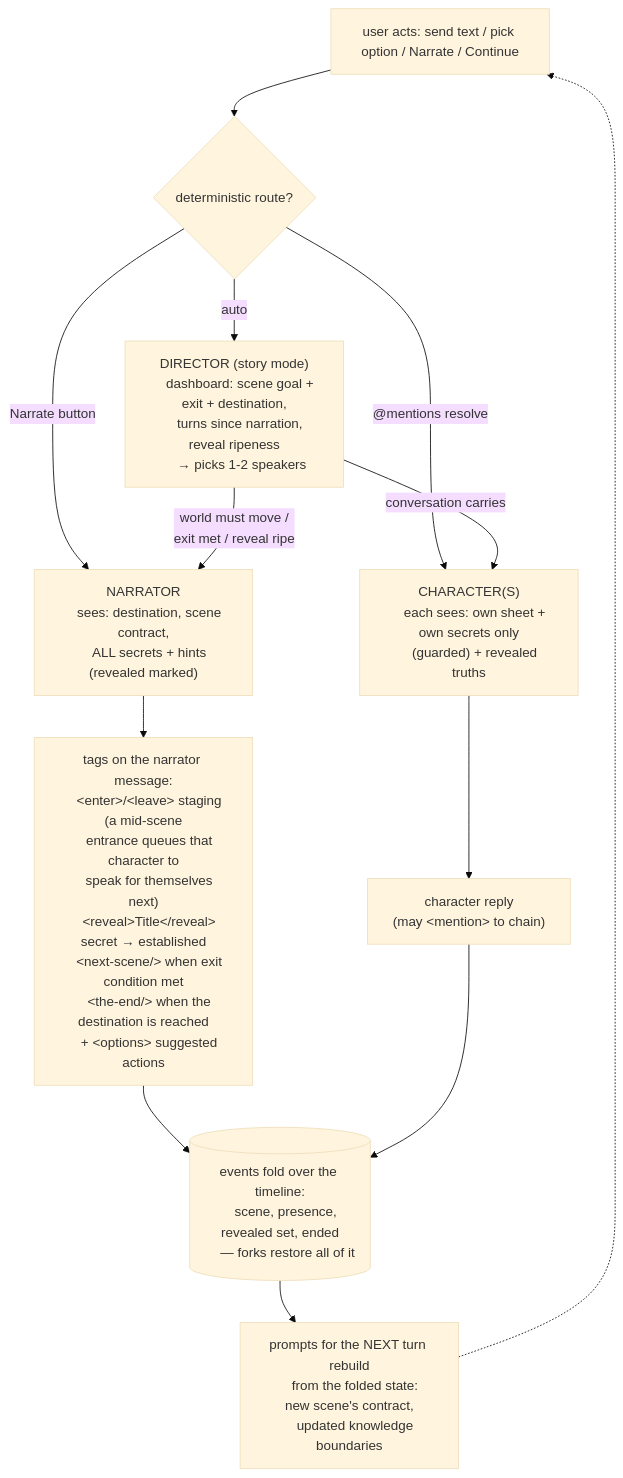
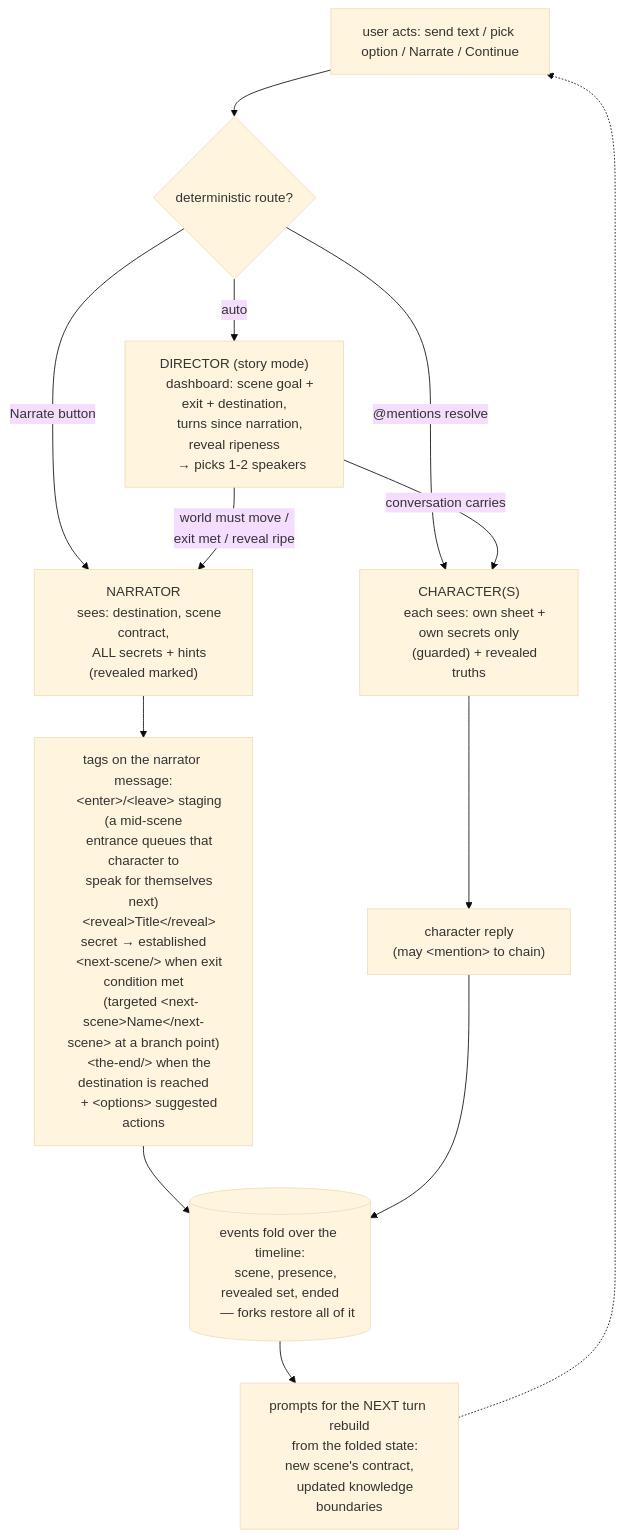
Before and after one commit to seancheung/animachat: the second of 2 diagrams in SPEC.md, drawn with Mermaid (base theme). The commit also changed other lines of this file and 16 other files, not shown here.

````diff
--- a/SPEC.md
+++ b/SPEC.md
@@ -254,38 +255,39 @@
 ```mermaid
 flowchart TD
     U["user acts: send text / pick option / Narrate / Continue"] --> R{"deterministic route?"}
     R -- "Narrate button" --> N
     R -- "@mentions resolve" --> C
     R -- "auto" --> D["DIRECTOR (story mode)
     dashboard: scene goal + exit + destination,
     turns since narration, reveal ripeness
     → picks 1-2 speakers"]
 
     D -- "world must move /
     exit met / reveal ripe" --> N["NARRATOR
     sees: destination, scene contract,
     ALL secrets + hints (revealed marked)"]
     D -- "conversation carries" --> C["CHARACTER(S)
     each sees: own sheet + own secrets only
     (guarded) + revealed truths"]
 
     N --> T["tags on the narrator message:
     &lt;enter&gt;/&lt;leave&gt; staging (a mid-scene
     entrance queues that character to
     speak for themselves next)
     &lt;reveal&gt;Title&lt;/reveal&gt; secret → established
     &lt;next-scene/&gt; when exit condition met
+    (targeted &lt;next-scene&gt;Name&lt;/next-scene&gt; at a branch point)
     &lt;the-end/&gt; when the destination is reached
     + &lt;options&gt; suggested actions"]
     C --> M["character reply
     (may &lt;mention&gt; to chain)"]
 
     T --> F[("events fold over the timeline:
     scene, presence, revealed set, ended
     — forks restore all of it")]
     M --> F
     F --> P["prompts for the NEXT turn rebuild
     from the folded state: new scene's contract,
     updated knowledge boundaries"]
     P -.-> U
 ```
````
